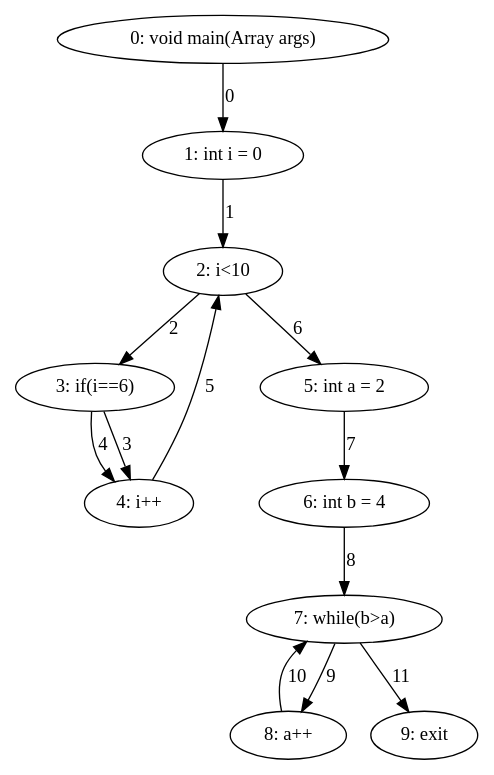
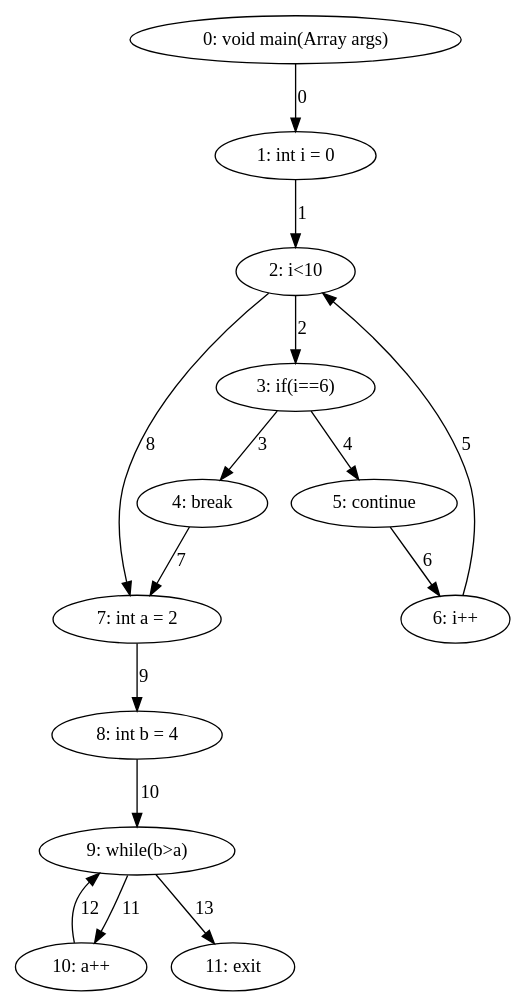
The diagram in export/forbreak_example_cfg.dot (DominguesGM/comp_astanalyze), drawn with Graphviz before and after one commit. The commit also changed 5 other files, not shown here.

```diff
--- a/export/forbreak_example_cfg.dot
+++ b/export/forbreak_example_cfg.dot
@@ -1,24 +1,28 @@
 digraph G {
   1 [ label="0: void main(Array args)" ];
   2 [ label="1: int i = 0" ];
   3 [ label="2: i<10" ];
   4 [ label="3: if(i==6)" ];
-  5 [ label="4: i++" ];
-  6 [ label="5: int a = 2" ];
-  7 [ label="6: int b = 4" ];
-  8 [ label="7: while(b>a)" ];
-  9 [ label="8: a++" ];
-  10 [ label="9: exit" ];
+  5 [ label="4: break" ];
+  6 [ label="5: continue" ];
+  7 [ label="6: i++" ];
+  8 [ label="7: int a = 2" ];
+  9 [ label="8: int b = 4" ];
+  10 [ label="9: while(b>a)" ];
+  11 [ label="10: a++" ];
+  12 [ label="11: exit" ];
   1 -> 2 [ label="0" ];
   2 -> 3 [ label="1" ];
   3 -> 4 [ label="2" ];
   4 -> 5 [ label="3" ];
-  4 -> 5 [ label="4" ];
-  5 -> 3 [ label="5" ];
-  3 -> 6 [ label="6" ];
-  6 -> 7 [ label="7" ];
-  7 -> 8 [ label="8" ];
+  4 -> 6 [ label="4" ];
+  7 -> 3 [ label="5" ];
+  6 -> 7 [ label="6" ];
+  5 -> 8 [ label="7" ];
+  3 -> 8 [ label="8" ];
   8 -> 9 [ label="9" ];
-  9 -> 8 [ label="10" ];
-  8 -> 10 [ label="11" ];
+  9 -> 10 [ label="10" ];
+  10 -> 11 [ label="11" ];
+  11 -> 10 [ label="12" ];
+  10 -> 12 [ label="13" ];
 }
```
